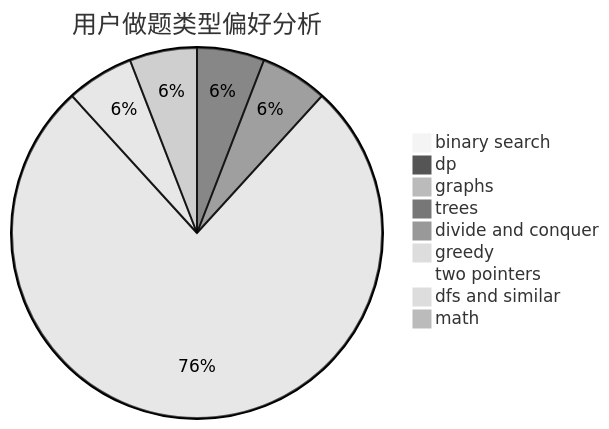
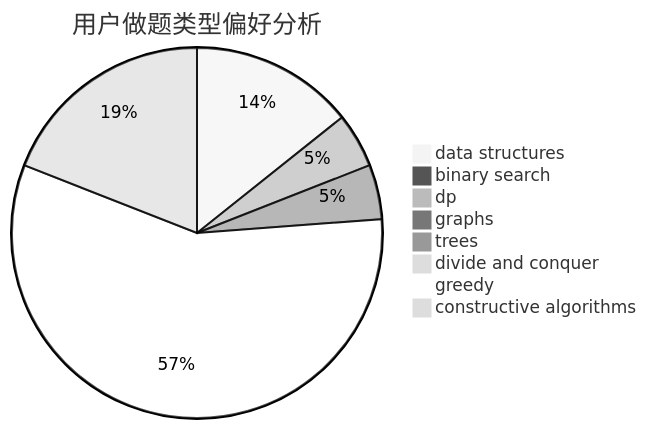
The second of 3 diagrams in docs/user/u640.md (sherpahu/cfrs.github.io), drawn with Mermaid (neutral theme) before and after one commit. The commit also changed other lines of this file and 2775 other files, not shown here.

````diff
--- a/docs/user/u640.md
+++ b/docs/user/u640.md
@@ -23,12 +23,11 @@
 ```mermaid
 pie title 用户做题类型偏好分析
+    "data structures" :  3
     "binary search" :  0
     "dp" :  1
     "graphs" :  0
     "trees" :  1
     "divide and conquer" :  0
-    "greedy" :  13
-    "two pointers" :  0
-    "dfs and similar" :  1
-    "math" :  1
+    "greedy" :  12
+    "constructive algorithms" :  4
 ```
````
